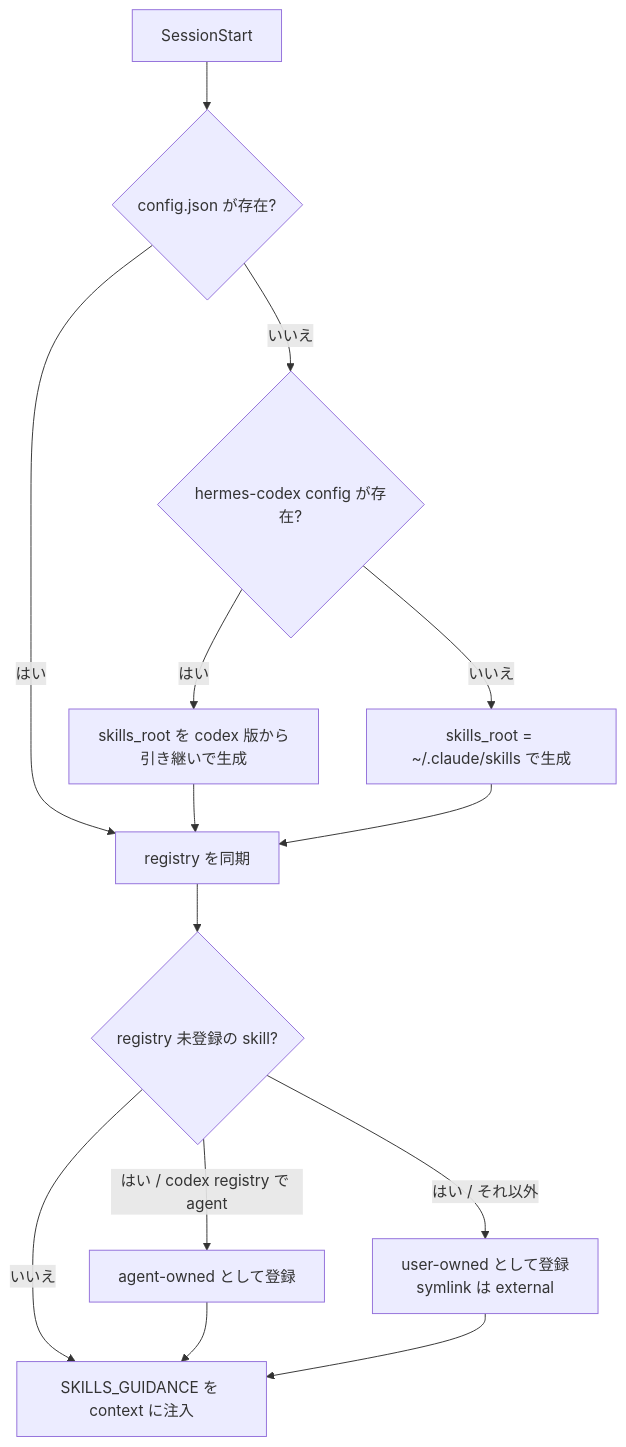
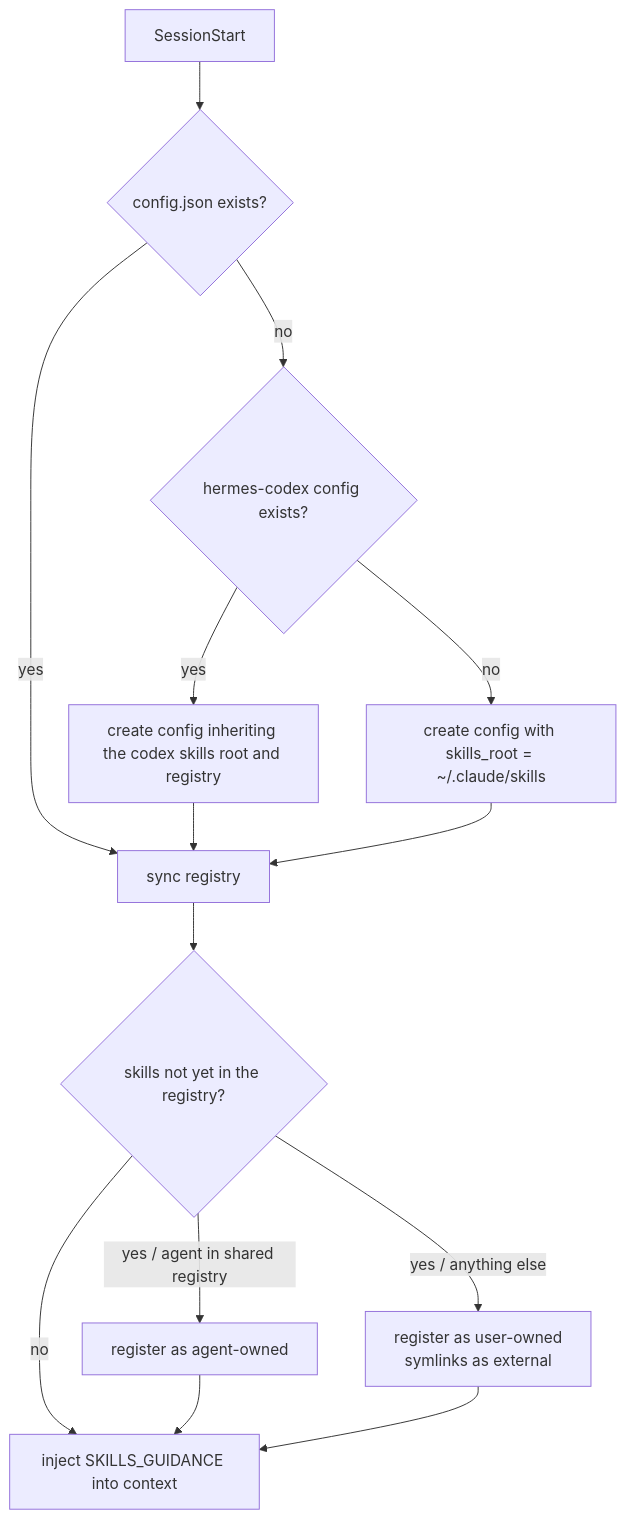
Before and after one commit to lilpacy/hermes-self-improvement-claude-plugin: the second of 5 diagrams in README.md, drawn with Mermaid. The commit also changed other lines of this file and 1 other file, not shown here.

````diff
--- a/README.md
+++ b/README.md
@@ -132,16 +123,16 @@
 ```mermaid
 flowchart TD
-  A[SessionStart] --> B{config.json が存在?}
-  B -- いいえ --> C{hermes-codex config が存在?}
-  C -- はい --> D[skills_root を codex 版から引き継いで生成]
-  C -- いいえ --> E[skills_root = ~/.claude/skills で生成]
-  B -- はい --> F[registry を同期]
+  A[SessionStart] --> B{config.json exists?}
+  B -- no --> C{hermes-codex config exists?}
+  C -- yes --> D[create config inheriting the codex skills root and registry]
+  C -- no --> E[create config with skills_root = ~/.claude/skills]
+  B -- yes --> F[sync registry]
   D --> F
   E --> F
-  F --> G{registry 未登録の skill?}
-  G -- "はい / codex registry で agent" --> H[agent-owned として登録]
-  G -- "はい / それ以外" --> I[user-owned として登録<br/>symlink は external]
-  G -- いいえ --> J[SKILLS_GUIDANCE を context に注入]
+  F --> G{skills not yet in the registry?}
+  G -- "yes / agent in shared registry" --> H[register as agent-owned]
+  G -- "yes / anything else" --> I[register as user-owned<br/>symlinks as external]
+  G -- no --> J[inject SKILLS_GUIDANCE into context]
   H --> J
   I --> J
 ```
````
